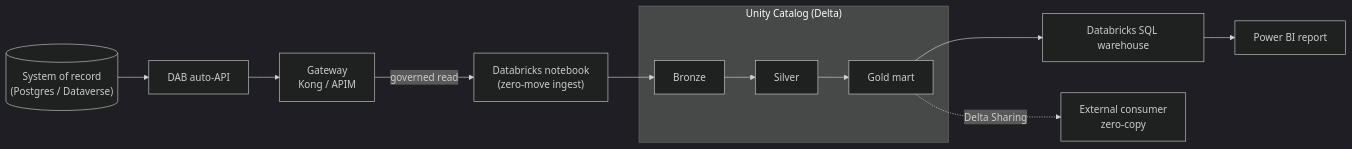
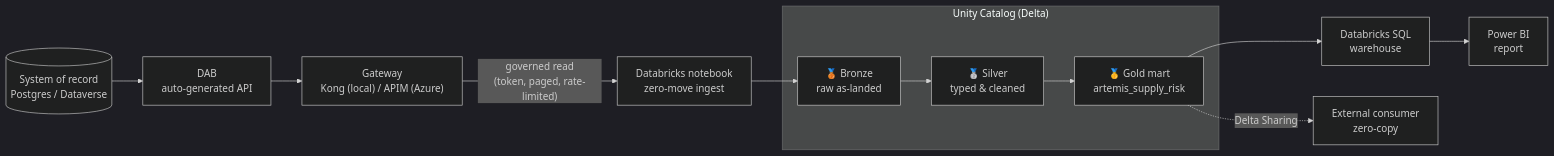
Before and after one commit to fgarofalo56/nasa-api-first-poc: the first of 2 diagrams in docs/DATABRICKS-WALKTHROUGH.md, drawn with Mermaid (dark theme). The commit also changed other lines of this file and 40 other files, not shown here.

````diff
--- a/docs/DATABRICKS-WALKTHROUGH.md
+++ b/docs/DATABRICKS-WALKTHROUGH.md
@@ -23,13 +107,13 @@
 ```mermaid
 flowchart LR
-    SoR[("System of record<br/>(Postgres / Dataverse)")] --> DAB[DAB auto-API]
-    DAB --> GW[Gateway<br/>Kong / APIM]
-    GW -- governed read --> NB["Databricks notebook<br/>(zero-move ingest)"]
+    SoR[("System of record<br/>Postgres / Dataverse")] --> DAB["DAB<br/>auto-generated API"]
+    DAB --> GW["Gateway<br/>Kong (local) / APIM (Azure)"]
+    GW -- "governed read<br/>(token, paged, rate-limited)" --> NB["Databricks notebook<br/>zero-move ingest"]
     subgraph UC["Unity Catalog (Delta)"]
-      B[Bronze] --> S[Silver] --> G[Gold mart]
+      B["🥉 Bronze<br/>raw as-landed"] --> S["🥈 Silver<br/>typed & cleaned"] --> G["🥇 Gold mart<br/>artemis_supply_risk"]
     end
     NB --> B
-    G --> DBSQL[Databricks SQL warehouse]
-    DBSQL --> PBI[Power BI report]
-    G -. Delta Sharing .-> EXT[External consumer<br/>zero-copy]
+    G --> DBSQL["Databricks SQL<br/>warehouse"]
+    DBSQL --> PBI["Power BI<br/>report"]
+    G -. "Delta Sharing" .-> EXT["External consumer<br/>zero-copy"]
 ```
````
